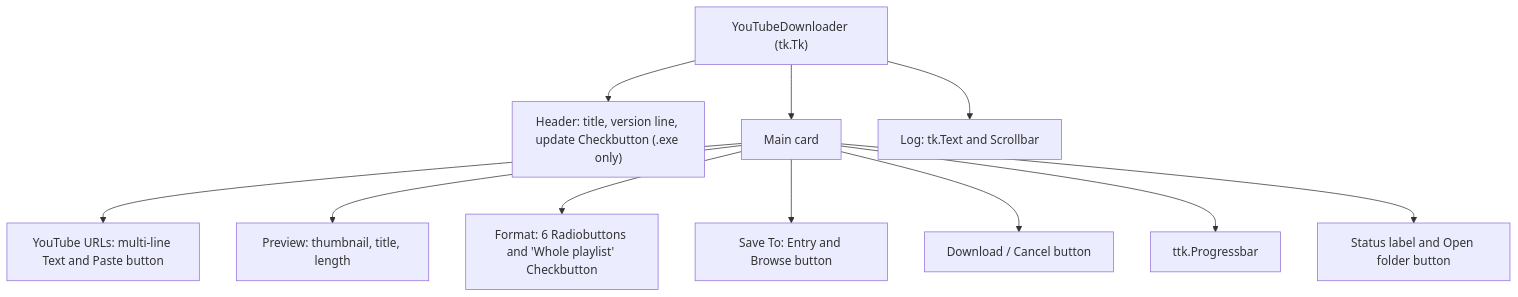
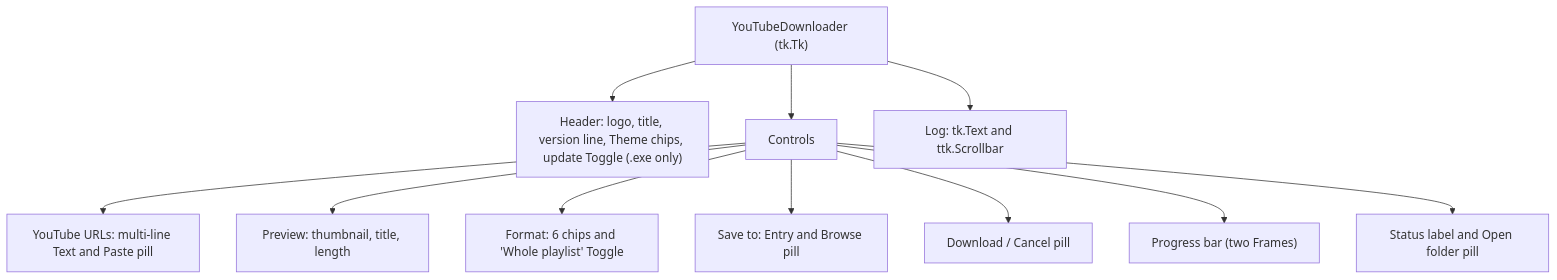
Before and after one commit to lifeupnorth/YouTubeDownloader: the diagram in docs/wiki/06-user-interface.md, drawn with Mermaid. The commit also changed other lines of this file and 9 other files, not shown here.

First line of the commit message:
Look like YouTube, with a light, dark or system theme

````diff
--- a/docs/wiki/06-user-interface.md
+++ b/docs/wiki/06-user-interface.md
@@ -19,13 +19,13 @@
 ```mermaid
 flowchart TD
-    root["YouTubeDownloader (tk.Tk)"] --> hdr["Header: title, version line, update Checkbutton (.exe only)"]
-    root --> card["Main card"]
-    root --> log["Log: tk.Text and Scrollbar"]
-    card --> url["YouTube URLs: multi-line Text and Paste button"]
+    root["YouTubeDownloader (tk.Tk)"] --> hdr["Header: logo, title, version line, Theme chips, update Toggle (.exe only)"]
+    root --> card["Controls"]
+    root --> log["Log: tk.Text and ttk.Scrollbar"]
+    card --> url["YouTube URLs: multi-line Text and Paste pill"]
     card --> preview["Preview: thumbnail, title, length"]
-    card --> fmt["Format: 6 Radiobuttons and 'Whole playlist' Checkbutton"]
-    card --> save["Save To: Entry and Browse button"]
-    card --> btn["Download / Cancel button"]
-    card --> bar["ttk.Progressbar"]
-    card --> status["Status label and Open folder button"]
+    card --> fmt["Format: 6 chips and 'Whole playlist' Toggle"]
+    card --> save["Save to: Entry and Browse pill"]
+    card --> btn["Download / Cancel pill"]
+    card --> bar["Progress bar (two Frames)"]
+    card --> status["Status label and Open folder pill"]
 ```
````
